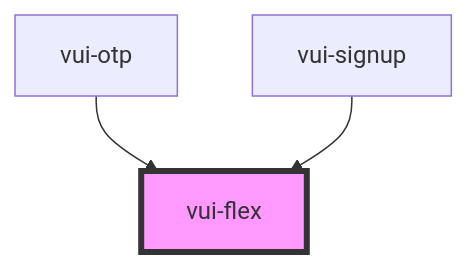
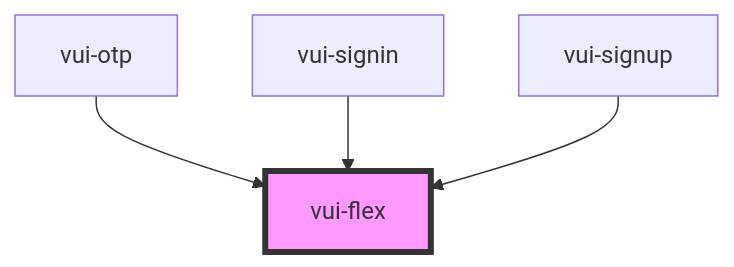
Before and after one commit to verite-team/verite-elements: the diagram in packages/stencil-library/src/components/flex/readme.md, drawn with Mermaid. The commit also changed other lines of this file and 28 other files, not shown here.

````diff
--- a/packages/stencil-library/src/components/flex/readme.md
+++ b/packages/stencil-library/src/components/flex/readme.md
@@ -34,6 +31,7 @@
 ```mermaid
 graph TD;
   vui-otp --> vui-flex
+  vui-signin --> vui-flex
   vui-signup --> vui-flex
   style vui-flex fill:#f9f,stroke:#333,stroke-width:4px
 ```
````
